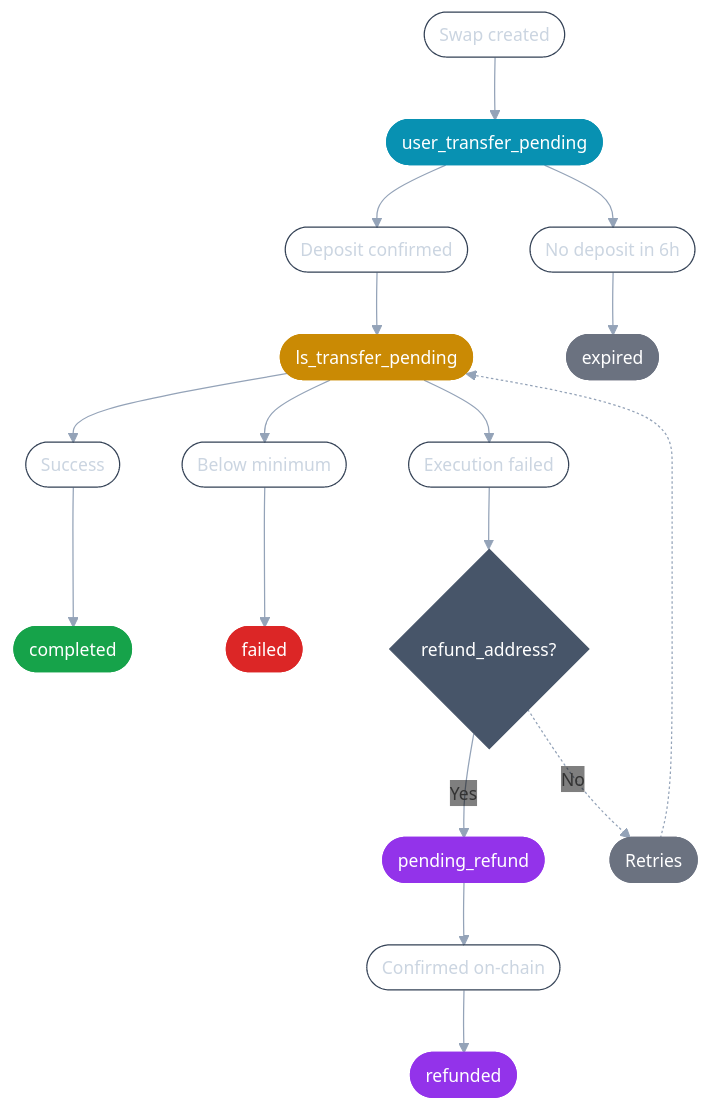
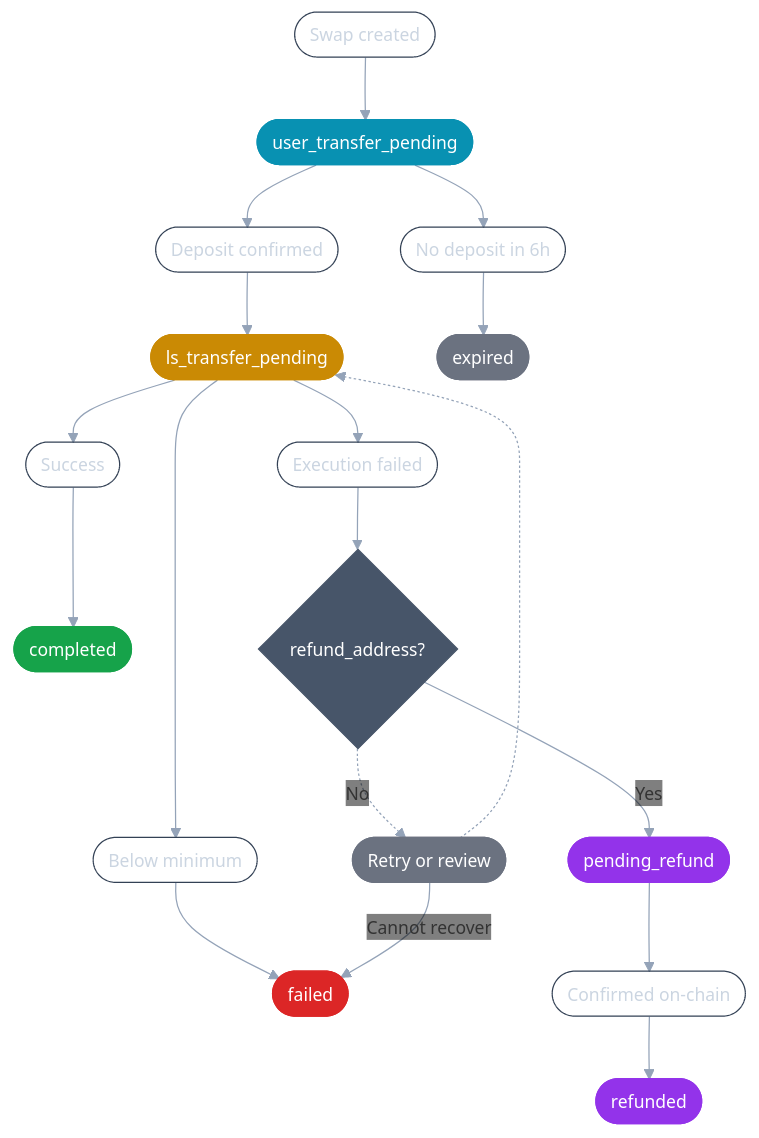
Before and after one commit to layerswap/layerswap-docs: the diagram in concepts/swap-lifecycle.mdx, drawn with Mermaid. The commit also changed other lines of this file and 23 other files, not shown here.

````diff
--- a/concepts/swap-lifecycle.mdx
+++ b/concepts/swap-lifecycle.mdx
@@ -9,32 +9,33 @@
 ```mermaid
 %%{init: {'theme': 'base', 'themeVariables': {'background': 'transparent', 'lineColor': '#94a3b8', 'fontSize': '14px', 'edgeLabelBackground': 'transparent', 'tertiaryTextColor': '#ffffff'}}}%%
 flowchart TB
     created([Swap created]) --> userPending([user_transfer_pending])
     userPending --> depositConfirmed([Deposit confirmed]) --> layerswapPending([ls_transfer_pending])
     userPending --> noDeposit([No deposit in 6h]) --> expired([expired])
     layerswapPending --> success([Success]) --> completed([completed])
     layerswapPending --> belowMinimum([Below minimum]) --> failed([failed])
     layerswapPending --> executionFailed([Execution failed]) --> hasRefundAddress{refund_address?}
     hasRefundAddress -->|Yes| pendingRefund([pending_refund])
-    hasRefundAddress -.->|No| retries([Retries])
+    hasRefundAddress -.->|No| retries([Retry or review])
     retries -.-> layerswapPending
+    retries -->|Cannot recover| failed
     pendingRefund --> confirmed([Confirmed on-chain]) --> refunded([refunded])
 
     classDef event fill:transparent,color:#cbd5e1,stroke:#334155,stroke-width:1px
     classDef active fill:#0891b2,color:#ffffff,stroke:#0891b2
     classDef processing fill:#ca8a04,color:#ffffff,stroke:#ca8a04
     classDef successState fill:#16a34a,color:#ffffff,stroke:#16a34a
     classDef failureState fill:#dc2626,color:#ffffff,stroke:#dc2626
     classDef refundState fill:#9333ea,color:#ffffff,stroke:#9333ea
     classDef neutralState fill:#6b7280,color:#ffffff,stroke:#6b7280
     classDef decision fill:#475569,color:#ffffff,stroke:#475569
 
     class created,depositConfirmed,noDeposit,success,belowMinimum,executionFailed,confirmed event
     class userPending active
     class layerswapPending processing
     class completed successState
     class failed failureState
     class pendingRefund,refunded refundState
     class expired,retries neutralState
     class hasRefundAddress decision
 ```
````
